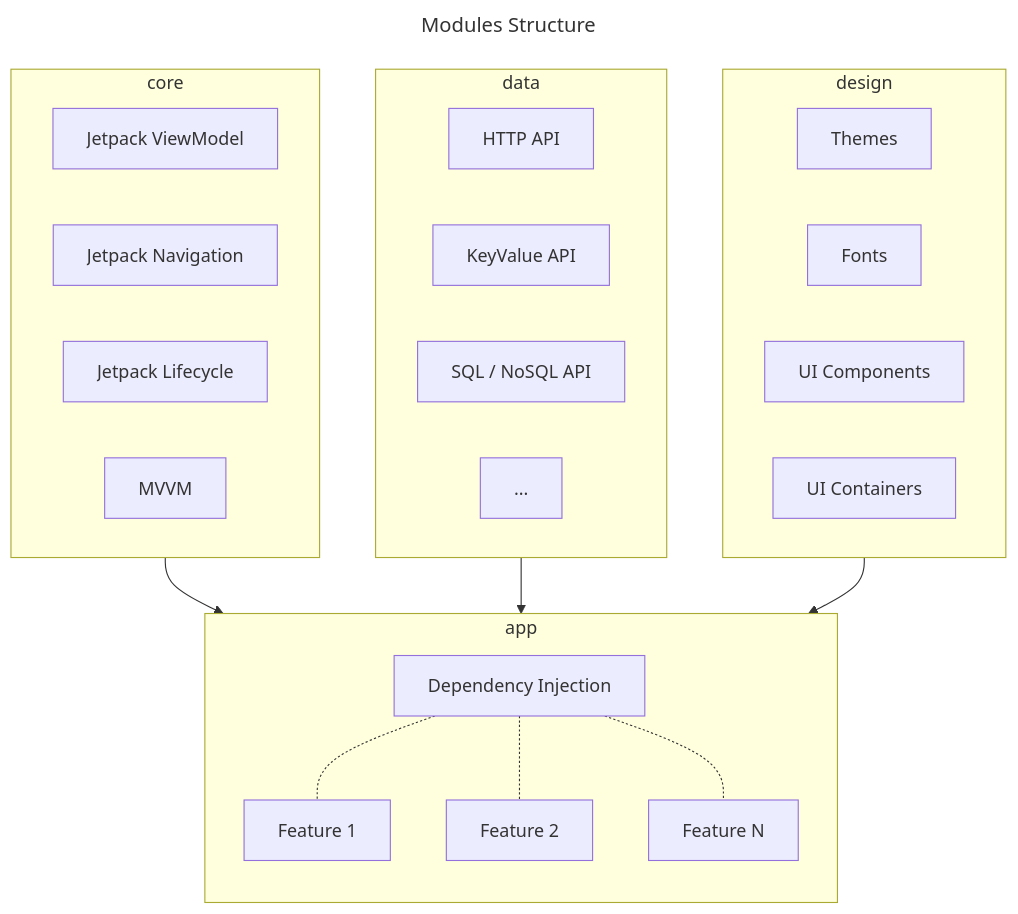
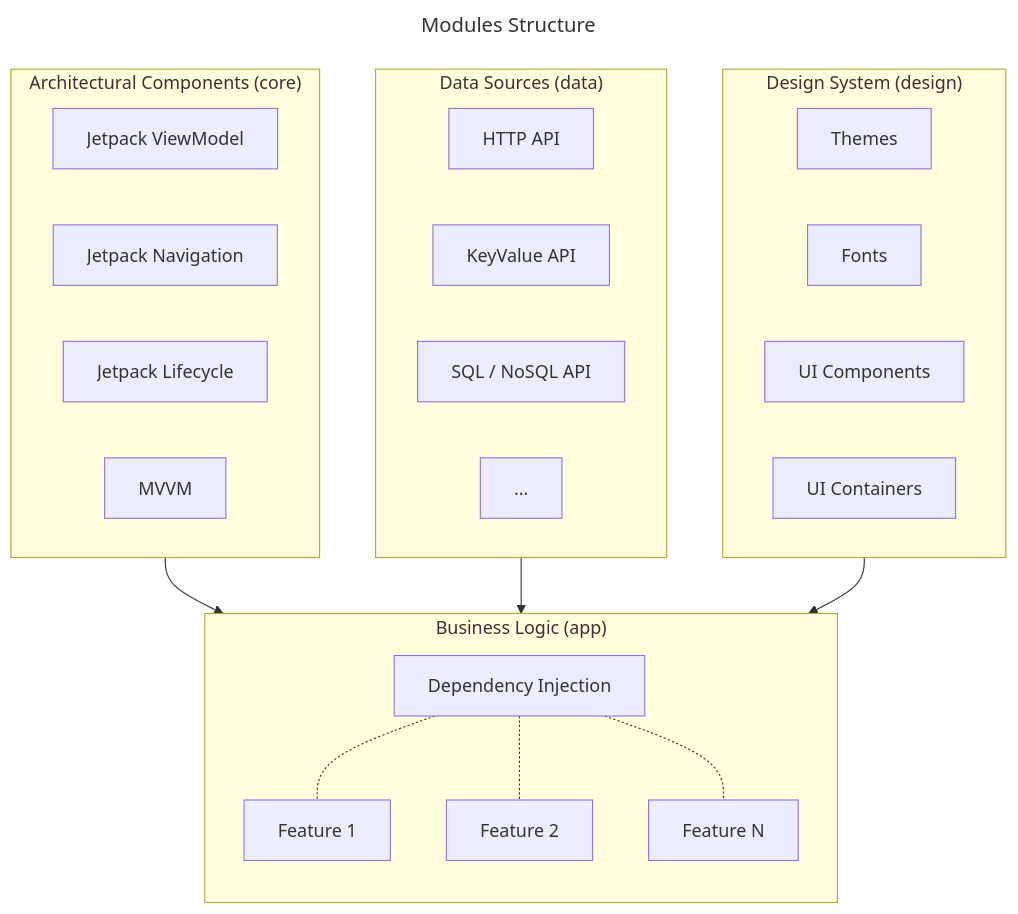
One commit to kotlitecture/template-multiplatform-compose changed the diagram in README.md. Above: the diagram before and after it, drawn with Mermaid. The commit also changed 1 other file, not shown here.

Commit message:
fix (*) tests + readme

````diff
--- a/README.md
+++ b/README.md
@@ -29,37 +29,37 @@
 ```mermaid
 ---
 title: Modules Structure
 ---
 flowchart TB
-    subgraph core["core"]
+    subgraph core["Architectural Components (core)"]
         a1["Jetpack ViewModel"]
         a2["Jetpack Navigation"]
         a3["Jetpack Lifecycle"]
         a4["MVVM"]
     end
-    subgraph data
+    subgraph data["Data Sources (data)"]
         b1["HTTP API"]
         b2["KeyValue API"]
         b3["SQL / NoSQL API"]
         b4["..."]
     end
-    subgraph design
+    subgraph design["Design System (design)"]
         c1["Themes"]
         c2["Fonts"]
         c3["UI Components"]
         c4["UI Containers"]
     end
-    subgraph app
+    subgraph app["Business Logic (app)"]
         direction TB
+        d1["Dependency Injection"]
         d2["Feature 1"]
         d3["Feature 2"]
         d4["Feature N"]
-        d1["Dependency Injection"]
         d1 -.- d2
         d1 -.- d3
         d1 -.- d4
     end
     core --> app
     data --> app
     design --> app
 ```
````
